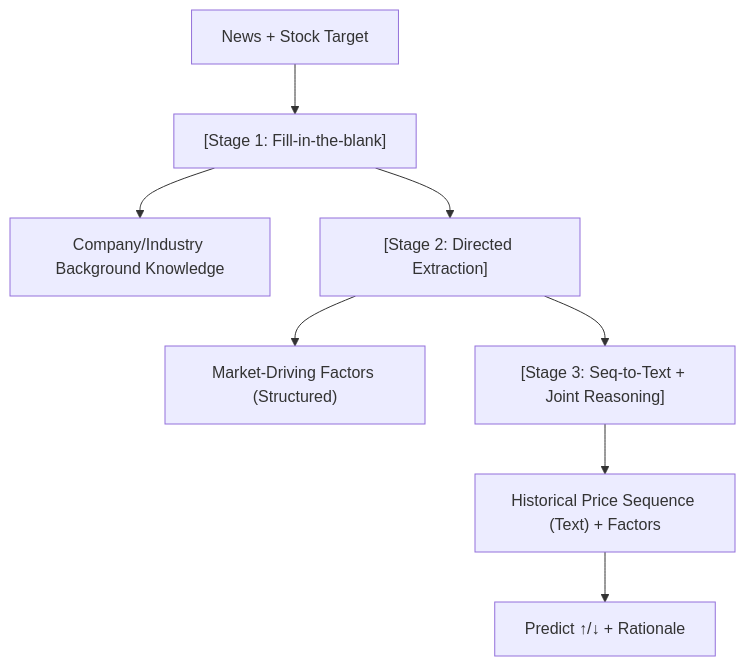
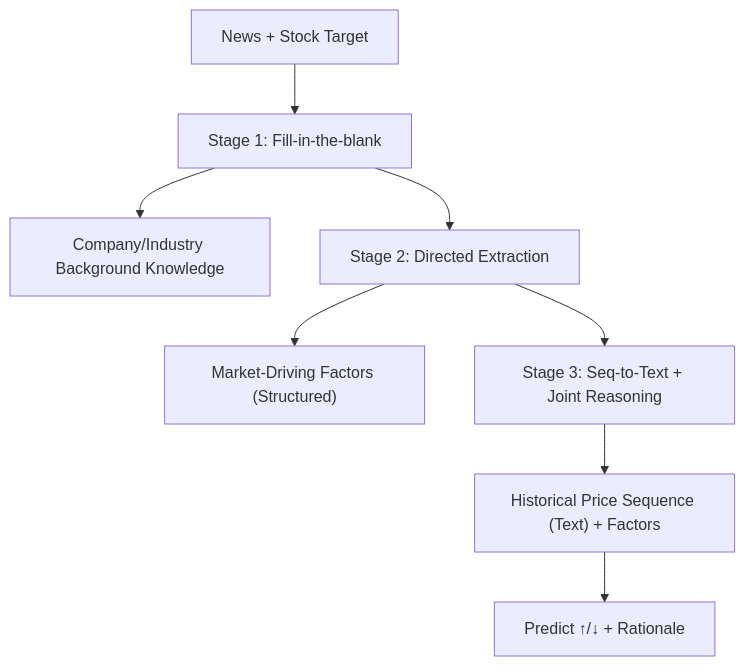
Before and after one commit to sou350121/Trading-Handbook: the diagram in foundations/llm-agentic/llmfactor.md, drawn with Mermaid. The commit also changed 191 other files, not shown here.

First line of the commit message:
render: fix math + mermaid for GitHub across the corpus (188 pages)

````diff
--- a/foundations/llm-agentic/llmfactor.md
+++ b/foundations/llm-agentic/llmfactor.md
@@ -34,10 +34,10 @@
 ```mermaid
 flowchart TD
-    A["News + Stock Target"] --> B["[Stage 1: Fill-in-the-blank]"]
+    A["News + Stock Target"] --> B["Stage 1: Fill-in-the-blank"]
     B --> C["Company/Industry Background Knowledge"]
-    B --> D["[Stage 2: Directed Extraction]"]
+    B --> D["Stage 2: Directed Extraction"]
     D --> E["Market-Driving Factors (Structured)"]
-    D --> F["[Stage 3: Seq-to-Text + Joint Reasoning]"]
+    D --> F["Stage 3: Seq-to-Text + Joint Reasoning"]
     F --> G["Historical Price Sequence (Text) + Factors"]
     G --> H["Predict ↑/↓ + Rationale"]
 ```
````
